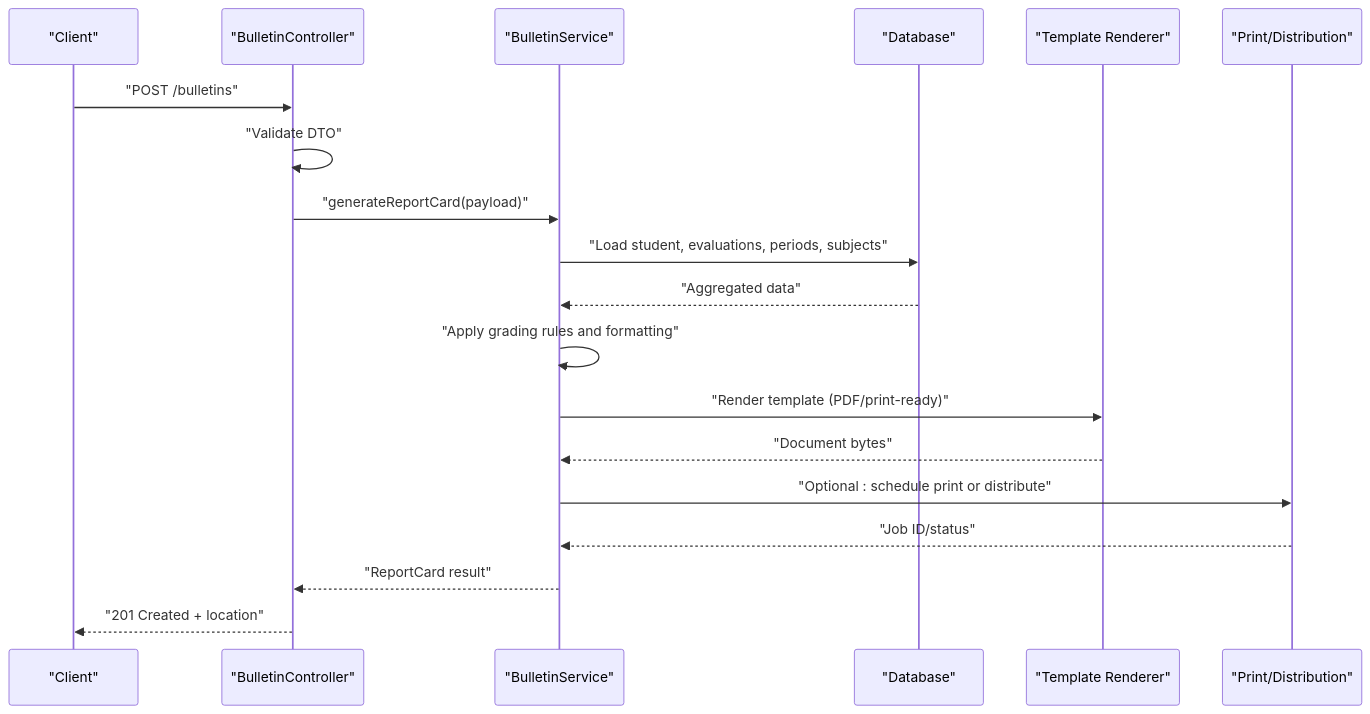
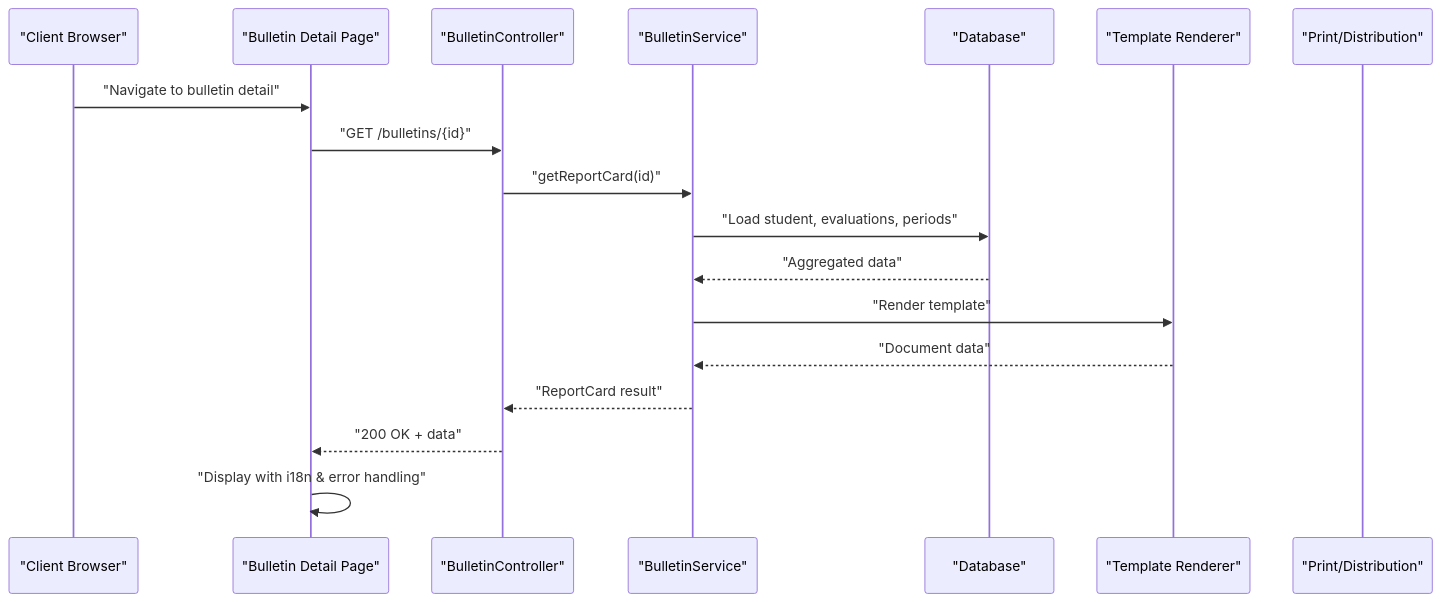
The second of 8 diagrams in .qoder/repowiki/en/content/Academic Management System/Grade & Evaluation System/Report Card Generation.md (franckylab/eLISAschool), drawn with Mermaid before and after one commit. The commit also changed other lines of this file and 49 other files, not shown here.

````diff
--- a/.qoder/repowiki/en/content/Academic Management System/Grade & Evaluation System/Report Card Generation.md
+++ b/.qoder/repowiki/en/content/Academic Management System/Grade & Evaluation System/Report Card Generation.md
@@ -112,21 +131,20 @@
 ```mermaid
 sequenceDiagram
-participant Client as "Client"
+participant Client as "Client Browser"
+participant Frontend as "Bulletin Detail Page"
 participant Ctrl as "BulletinController"
 participant Svc as "BulletinService"
 participant DB as "Database"
 participant Render as "Template Renderer"
 participant Print as "Print/Distribution"
-Client->>Ctrl : "POST /bulletins"
-Ctrl->>Ctrl : "Validate DTO"
-Ctrl->>Svc : "generateReportCard(payload)"
-Svc->>DB : "Load student, evaluations, periods, subjects"
+Client->>Frontend : "Navigate to bulletin detail"
+Frontend->>Ctrl : "GET /bulletins/{id}"
+Ctrl->>Svc : "getReportCard(id)"
+Svc->>DB : "Load student, evaluations, periods"
 DB-->>Svc : "Aggregated data"
-Svc->>Svc : "Apply grading rules and formatting"
-Svc->>Render : "Render template (PDF/print-ready)"
-Render-->>Svc : "Document bytes"
-Svc->>Print : "Optional : schedule print or distribute"
-Print-->>Svc : "Job ID/status"
+Svc->>Render : "Render template"
+Render-->>Svc : "Document data"
 Svc-->>Ctrl : "ReportCard result"
-Ctrl-->>Client : "201 Created + location"
+Ctrl-->>Frontend : "200 OK + data"
+Frontend->>Frontend : "Display with i18n & error handling"
 ```
````
